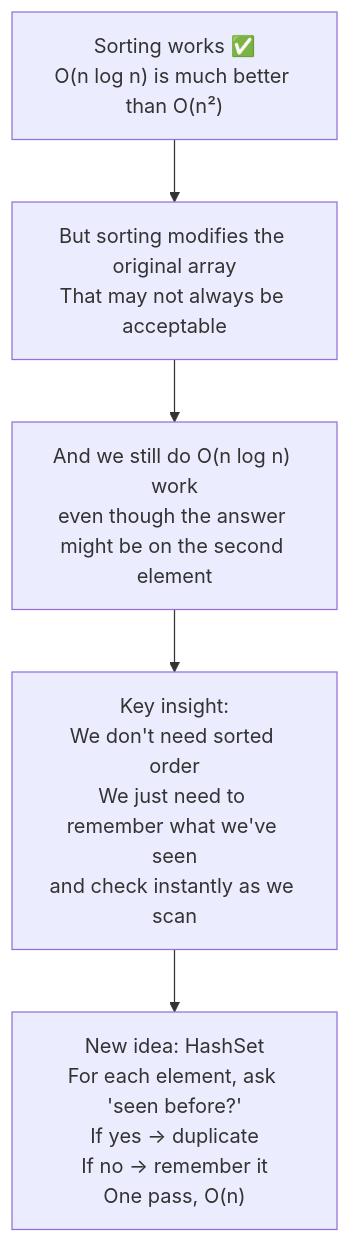
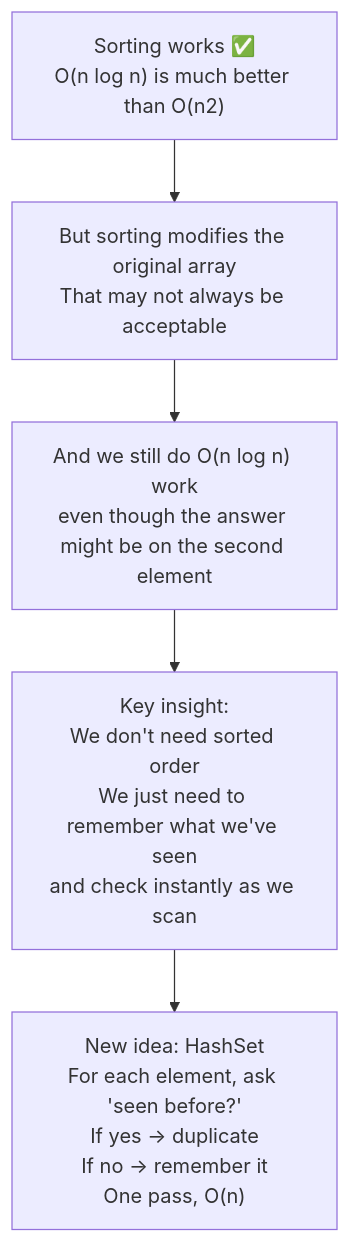
Before and after one commit to M-F-Tushar/LeetCode-Problem-Solving: the ninth of 13 diagrams in 02 - Contains Duplicate/README.md, drawn with Mermaid. The commit also changed other lines of this file and 6 other files, not shown here.

Commit message:
fix diagram rendering

````diff
--- a/02 - Contains Duplicate/README.md
+++ b/02 - Contains Duplicate/README.md
@@ -263,8 +263,8 @@
 ```mermaid
 flowchart TD
-    A["Sorting works ✅\nO(n log n) is much better than O(n²)"] --> B["But sorting modifies the original array\nThat may not always be acceptable"]
+    A["Sorting works ✅\nO(n log n) is much better than O(n2)"] --> B["But sorting modifies the original array\nThat may not always be acceptable"]
     B --> C["And we still do O(n log n) work\neven though the answer might be on the second element"]
     C --> D["Key insight:\nWe don't need sorted order\nWe just need to remember what we've seen\nand check instantly as we scan"]
     D --> E["New idea: HashSet\nFor each element, ask 'seen before?'\nIf yes → duplicate\nIf no → remember it\nOne pass, O(n)"]
 
 ```
````
